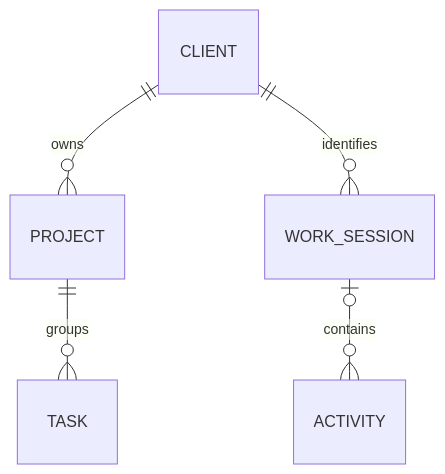
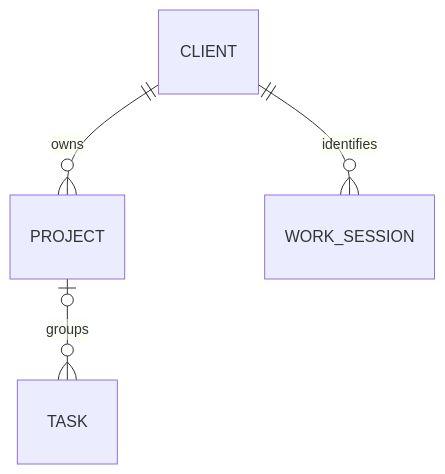
One commit to turesheim/eclipse-timekeeper changed the second of 2 diagrams in docs/architecture/DATA-MODEL.md. Above: the diagram before and after it, drawn with Mermaid. The commit also changed other lines of this file and 9 other files, not shown here.

Commit message:
Refresh architecture and developer documentation

````diff
--- a/docs/architecture/DATA-MODEL.md
+++ b/docs/architecture/DATA-MODEL.md
@@ -397,7 +414,6 @@
 ```mermaid
 erDiagram
     CLIENT ||--o{ PROJECT : owns
     CLIENT ||--o{ WORK_SESSION : identifies
-    PROJECT ||--o{ TASK : groups
-    WORK_SESSION o|--o{ ACTIVITY : contains
+    PROJECT o|--o{ TASK : groups
 ```
````
